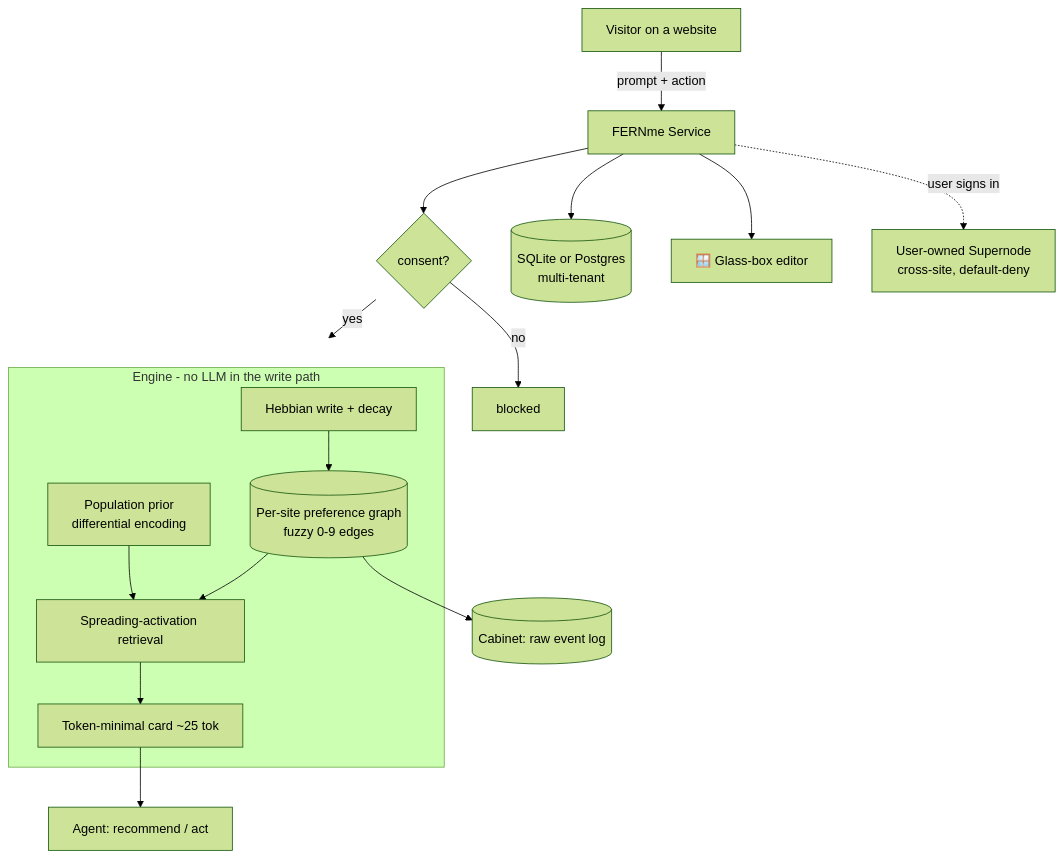
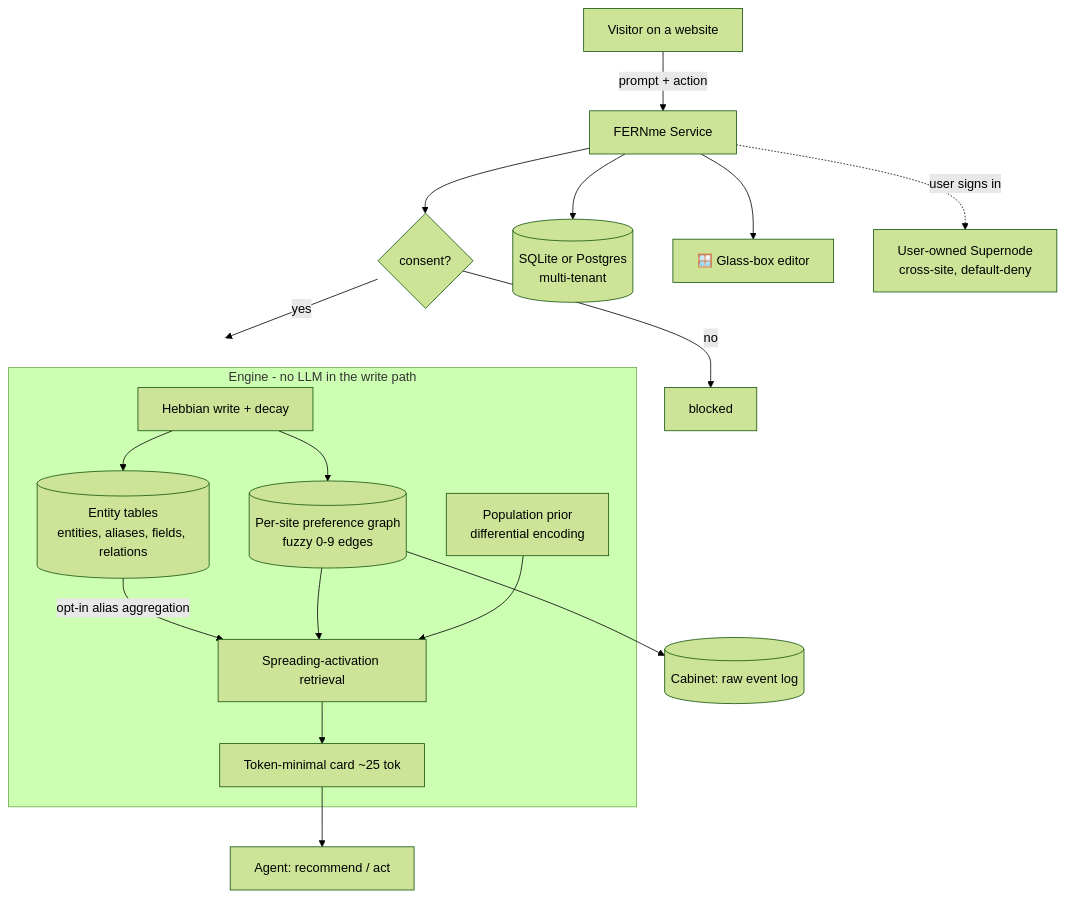
The diagram in README.md (mirkofr/FERNme), drawn with Mermaid (forest theme) before and after one commit. The commit also changed other lines of this file and 3 other files, not shown here.

````diff
--- a/README.md
+++ b/README.md
@@ -179,18 +186,20 @@
 ```mermaid
 flowchart TD
     V[Visitor on a website] -->|prompt + action| API[FERNme Service]
     API --> CONSENT{consent?}
     CONSENT -->|no| STOP[blocked]
     CONSENT -->|yes| ENGINE
     subgraph ENGINE[Engine - no LLM in the write path]
       W[Hebbian write + decay] --> G[(Per-site preference graph<br/>fuzzy 0-9 edges)]
+      W --> E[(Entity tables<br/>entities, aliases, fields, relations)]
+      E -->|opt-in alias aggregation| R
       G --> R[Spreading-activation retrieval]
       R --> CARD[Token-minimal card ~25 tok]
       PRIOR[Population prior<br/>differential encoding] --> R
     end
     CARD --> AGENT[Agent: recommend / act]
     G --> CAB[(Cabinet: raw event log)]
     API --> STORE[(SQLite or Postgres<br/>multi-tenant)]
     API --> GLASS[🪟 Glass-box editor]
     API -.user signs in.-> SUPER[User-owned Supernode<br/>cross-site, default-deny]
 ```
````
